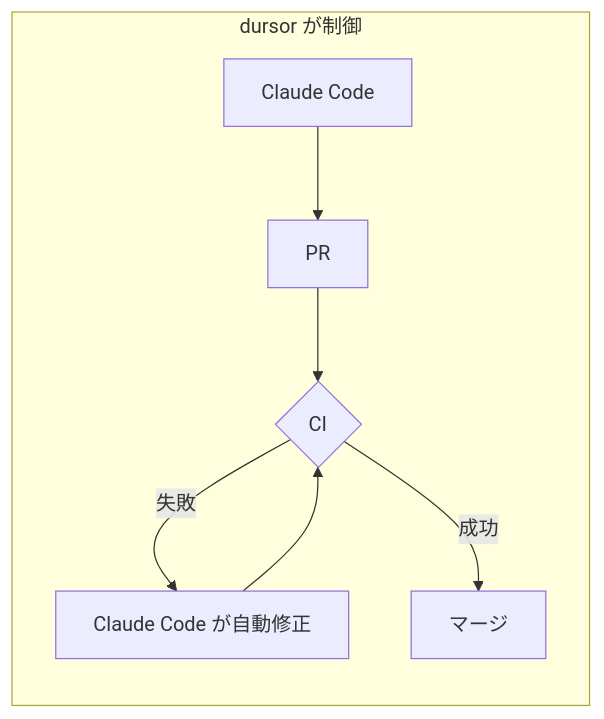
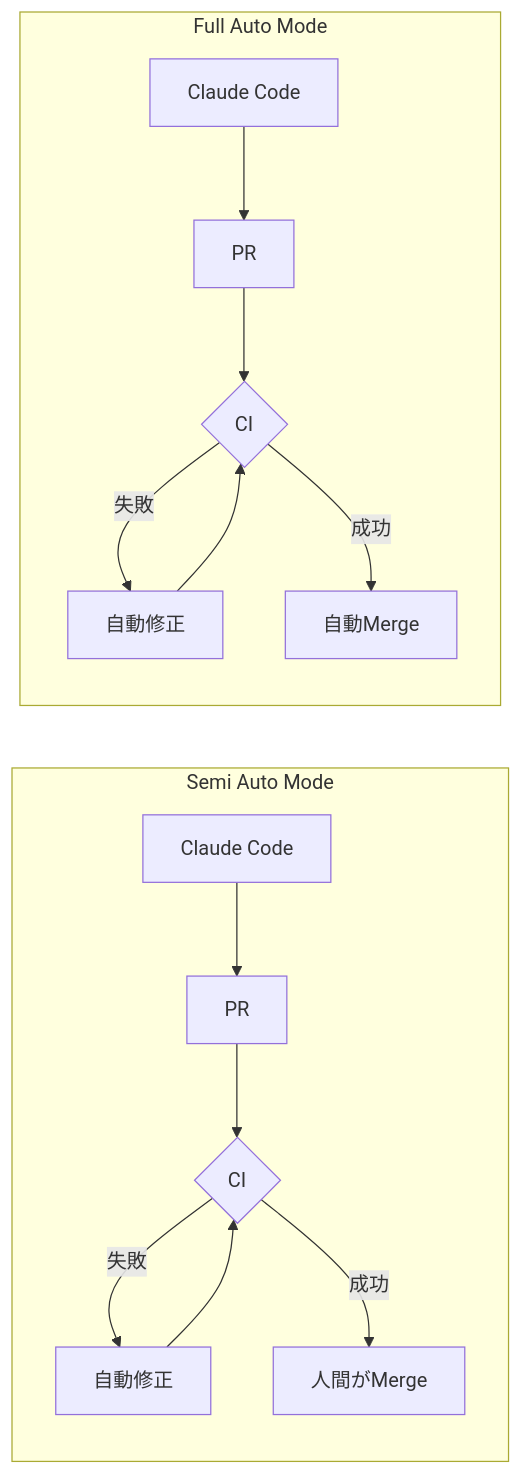
Before and after one commit to hampen2929/zloth: the first of 7 diagrams in docs/agentic-dursor.md, drawn with Mermaid. The commit also changed other lines of this file and 1 other file, not shown here.

Commit message:
Add three coding modes to dursor (#135)

````diff
--- a/docs/agentic-dursor.md
+++ b/docs/agentic-dursor.md
@@ -11,10 +17,18 @@
 ```mermaid
 flowchart LR
-    subgraph dursor["dursor が制御"]
-        A[Claude Code] --> B[PR]
-        B --> C{CI}
-        C -->|失敗| D[Claude Code が自動修正]
-        D --> C
-        C -->|成功| E[マージ]
+    subgraph SemiAuto["Semi Auto Mode"]
+        SA1[Claude Code] --> SA2[PR]
+        SA2 --> SA3{CI}
+        SA3 -->|失敗| SA4[自動修正]
+        SA4 --> SA3
+        SA3 -->|成功| SA5[人間がMerge]
+    end
+
+    subgraph FullAuto["Full Auto Mode"]
+        FA1[Claude Code] --> FA2[PR]
+        FA2 --> FA3{CI}
+        FA3 -->|失敗| FA4[自動修正]
+        FA4 --> FA3
+        FA3 -->|成功| FA5[自動Merge]
     end
 ```
````
